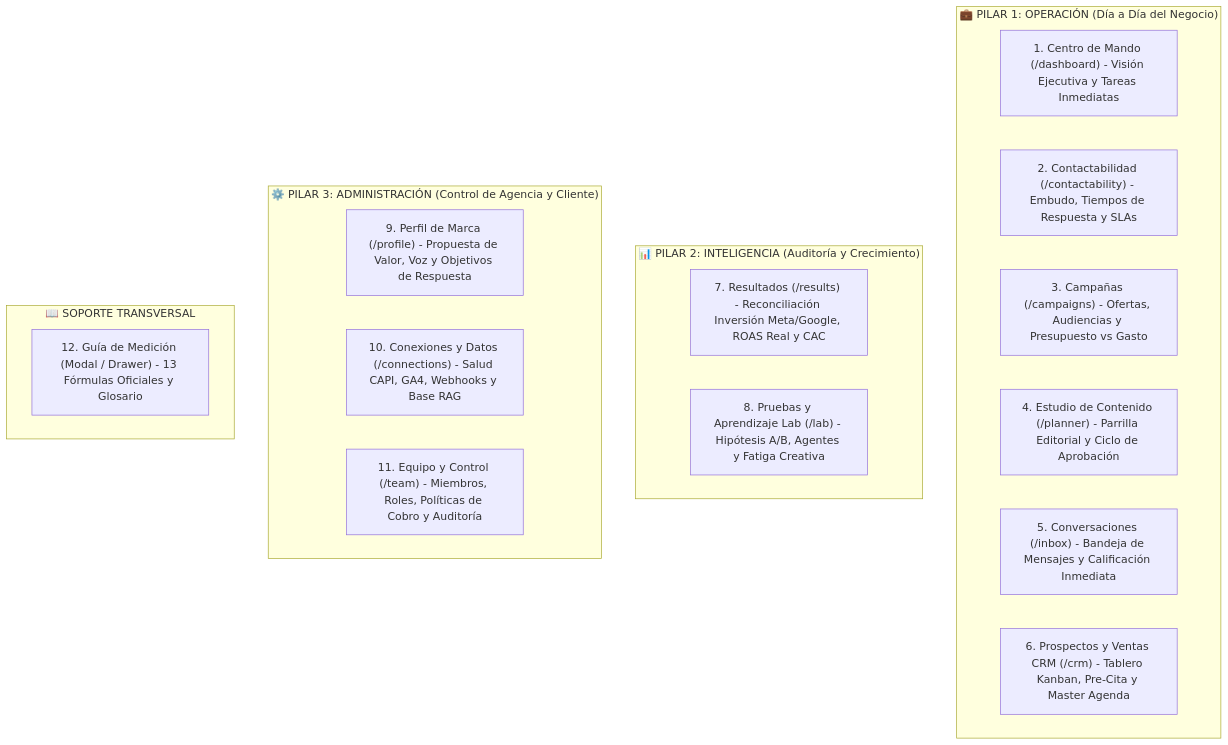
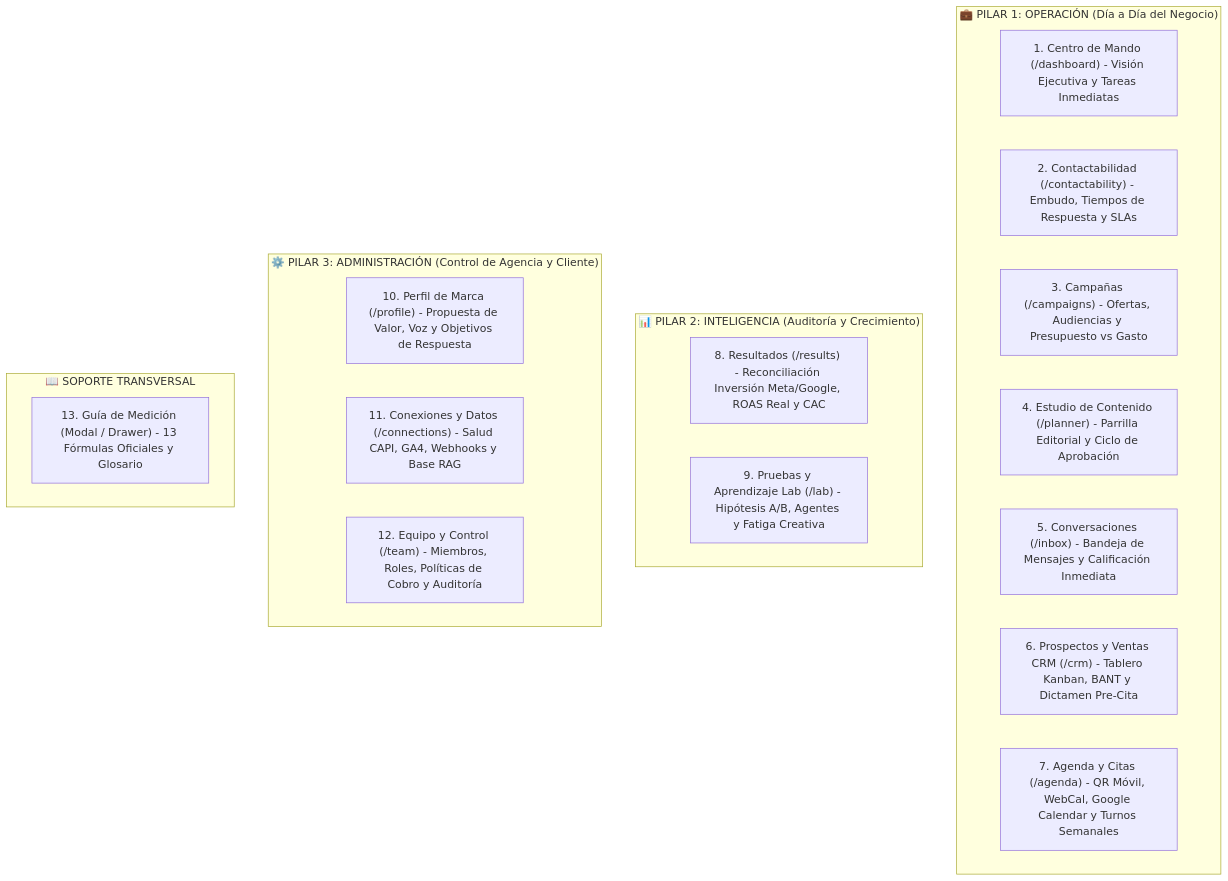
One commit to VectorInside/Vector-Community changed the diagram in docs/ADR_011_UX_UI_BRAND_AND_OPERATIONAL_TAXONOMY.md. Above: the diagram before and after it, drawn with Mermaid. The commit also changed other lines of this file and 7 other files, not shown here.

Commit message:
feat: add system design documentation, micro-landing telemetry, master agenda, and UI layouts

````diff
--- a/docs/ADR_011_UX_UI_BRAND_AND_OPERATIONAL_TAXONOMY.md
+++ b/docs/ADR_011_UX_UI_BRAND_AND_OPERATIONAL_TAXONOMY.md
@@ -35,26 +35,27 @@
 ```mermaid
 graph TD
     subgraph Pillar1["💼 PILAR 1: OPERACIÓN (Día a Día del Negocio)"]
         M01["1. Centro de Mando (/dashboard) - Visión Ejecutiva y Tareas Inmediatas"]
         M02["2. Contactabilidad (/contactability) - Embudo, Tiempos de Respuesta y SLAs"]
         M03["3. Campañas (/campaigns) - Ofertas, Audiencias y Presupuesto vs Gasto"]
         M04["4. Estudio de Contenido (/planner) - Parrilla Editorial y Ciclo de Aprobación"]
         M05["5. Conversaciones (/inbox) - Bandeja de Mensajes y Calificación Inmediata"]
-        M06["6. Prospectos y Ventas CRM (/crm) - Tablero Kanban, Pre-Cita y Master Agenda"]
+        M06["6. Prospectos y Ventas CRM (/crm) - Tablero Kanban, BANT y Dictamen Pre-Cita"]
+        M07["7. Agenda y Citas (/agenda) - QR Móvil, WebCal, Google Calendar y Turnos Semanales"]
     end
 
     subgraph Pillar2["📊 PILAR 2: INTELIGENCIA (Auditoría y Crecimiento)"]
-        M07["7. Resultados (/results) - Reconciliación Inversión Meta/Google, ROAS Real y CAC"]
-        M08["8. Pruebas y Aprendizaje Lab (/lab) - Hipótesis A/B, Agentes y Fatiga Creativa"]
+        M08["8. Resultados (/results) - Reconciliación Inversión Meta/Google, ROAS Real y CAC"]
+        M09["9. Pruebas y Aprendizaje Lab (/lab) - Hipótesis A/B, Agentes y Fatiga Creativa"]
     end
 
     subgraph Pillar3["⚙️ PILAR 3: ADMINISTRACIÓN (Control de Agencia y Cliente)"]
-        M09["9. Perfil de Marca (/profile) - Propuesta de Valor, Voz y Objetivos de Respuesta"]
-        M10["10. Conexiones y Datos (/connections) - Salud CAPI, GA4, Webhooks y Base RAG"]
-        M11["11. Equipo y Control (/team) - Miembros, Roles, Políticas de Cobro y Auditoría"]
+        M10["10. Perfil de Marca (/profile) - Propuesta de Valor, Voz y Objetivos de Respuesta"]
+        M11["11. Conexiones y Datos (/connections) - Salud CAPI, GA4, Webhooks y Base RAG"]
+        M12["12. Equipo y Control (/team) - Miembros, Roles, Políticas de Cobro y Auditoría"]
     end
 
     subgraph Pillar4["📖 SOPORTE TRANSVERSAL"]
-        M12["12. Guía de Medición (Modal / Drawer) - 13 Fórmulas Oficiales y Glosario"]
+        M13["13. Guía de Medición (Modal / Drawer) - 13 Fórmulas Oficiales y Glosario"]
     end
 ```
````
